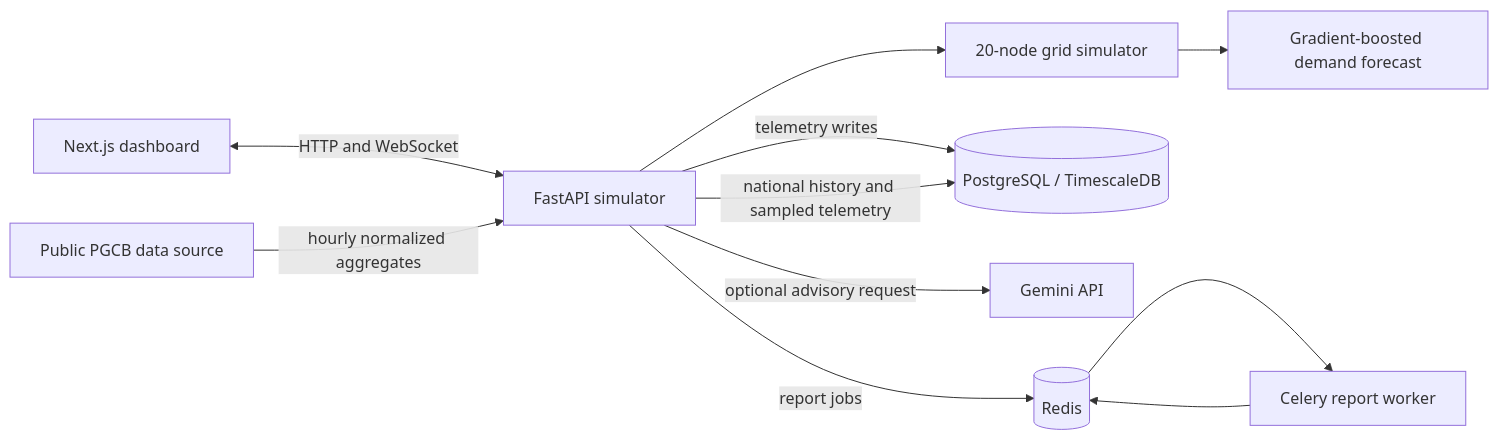
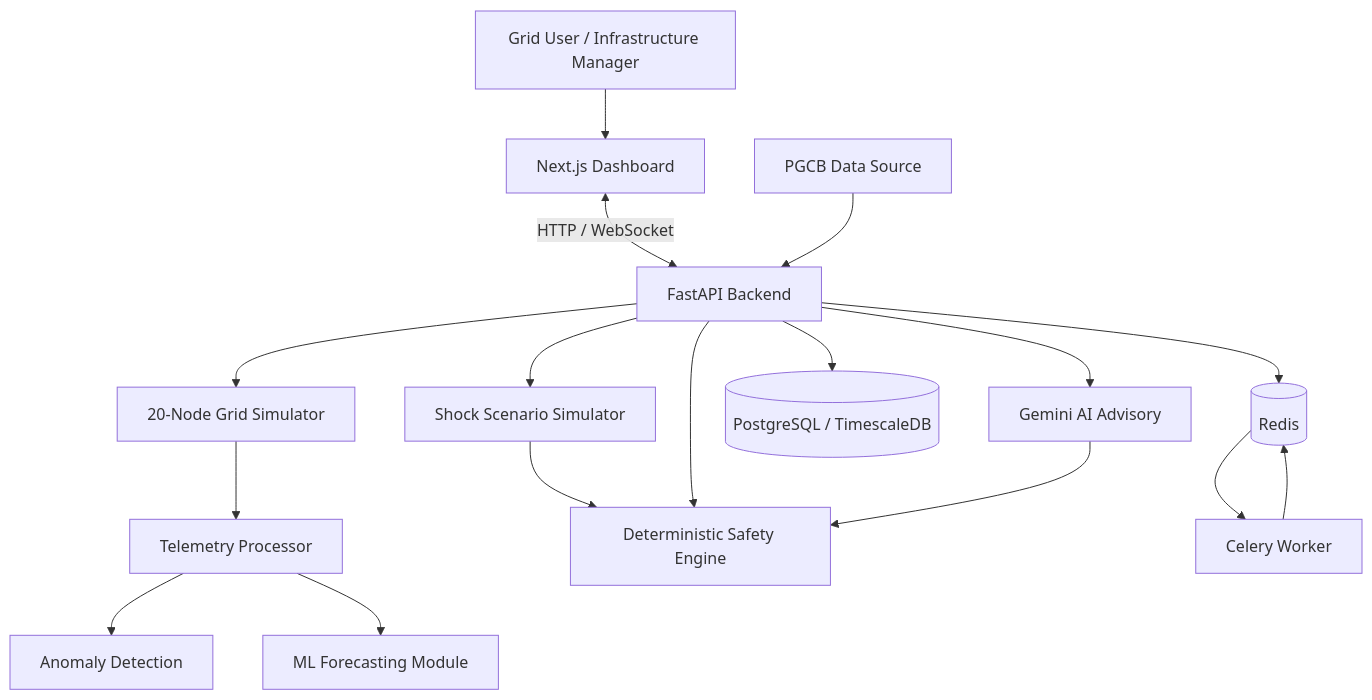
The diagram in README.md (Ahana664/GridPulse), drawn with Mermaid before and after one commit. The commit also changed other lines of this file, not shown here.

````diff
--- a/README.md
+++ b/README.md
@@ -54,13 +313,40 @@
 ```mermaid
-flowchart LR
-	Browser[Next.js dashboard] <-->|HTTP and WebSocket| API[FastAPI simulator]
-	API --> Sim[20-node grid simulator]
-	Sim --> Forecast[Gradient-boosted demand forecast]
-	API -->|telemetry writes| DB[(PostgreSQL / TimescaleDB)]
-	Source[Public PGCB data source] -->|hourly normalized aggregates| API
-	API -->|national history and sampled telemetry| DB
-	API -->|optional advisory request| Gemini[Gemini API]
-	API -->|report jobs| Redis[(Redis)]
-	Redis --> Worker[Celery report worker]
-	Worker --> Redis
+flowchart TD
+    User[Grid User / Infrastructure Manager]
+    Dashboard[Next.js Dashboard]
+    API[FastAPI Backend]
+
+    Simulator[20-Node Grid Simulator]
+    Telemetry[Telemetry Processor]
+    Forecast[ML Forecasting Module]
+    Anomaly[Anomaly Detection]
+    Safety[Deterministic Safety Engine]
+    Shock[Shock Scenario Simulator]
+
+    PGCB[PGCB Data Source]
+    Gemini[Gemini AI Advisory]
+    DB[(PostgreSQL / TimescaleDB)]
+    Redis[(Redis)]
+    Celery[Celery Worker]
+
+    User --> Dashboard
+    Dashboard <-->|HTTP / WebSocket| API
+
+    API --> Simulator
+    Simulator --> Telemetry
+    Telemetry --> Anomaly
+    Telemetry --> Forecast
+
+    API --> Shock
+    Shock --> Safety
+
+    API --> Safety
+    PGCB --> API
+    API --> Gemini
+    Gemini --> Safety
+
+    API --> DB
+    API --> Redis
+    Redis --> Celery
+    Celery --> Redis
 ```
````
